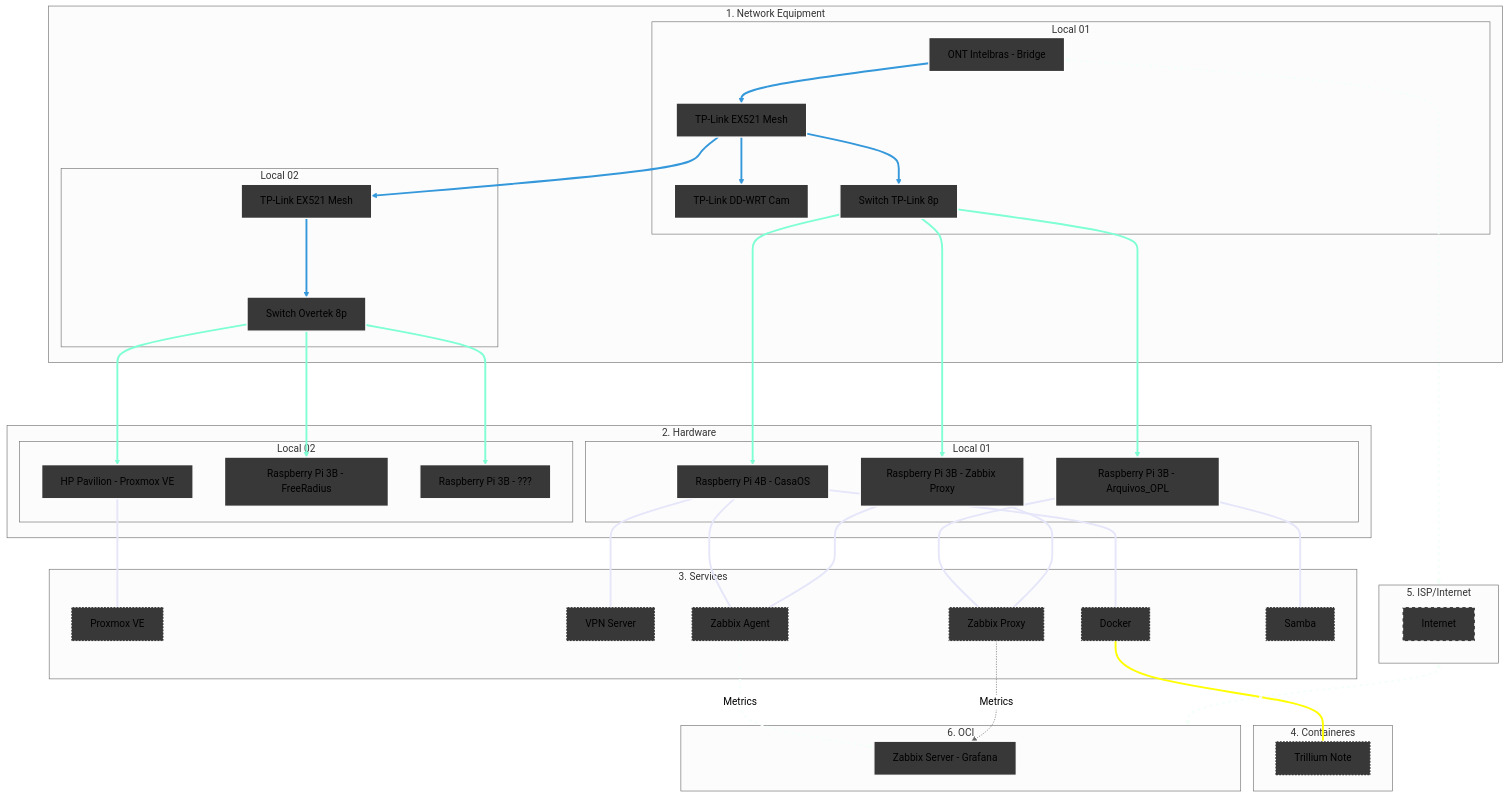
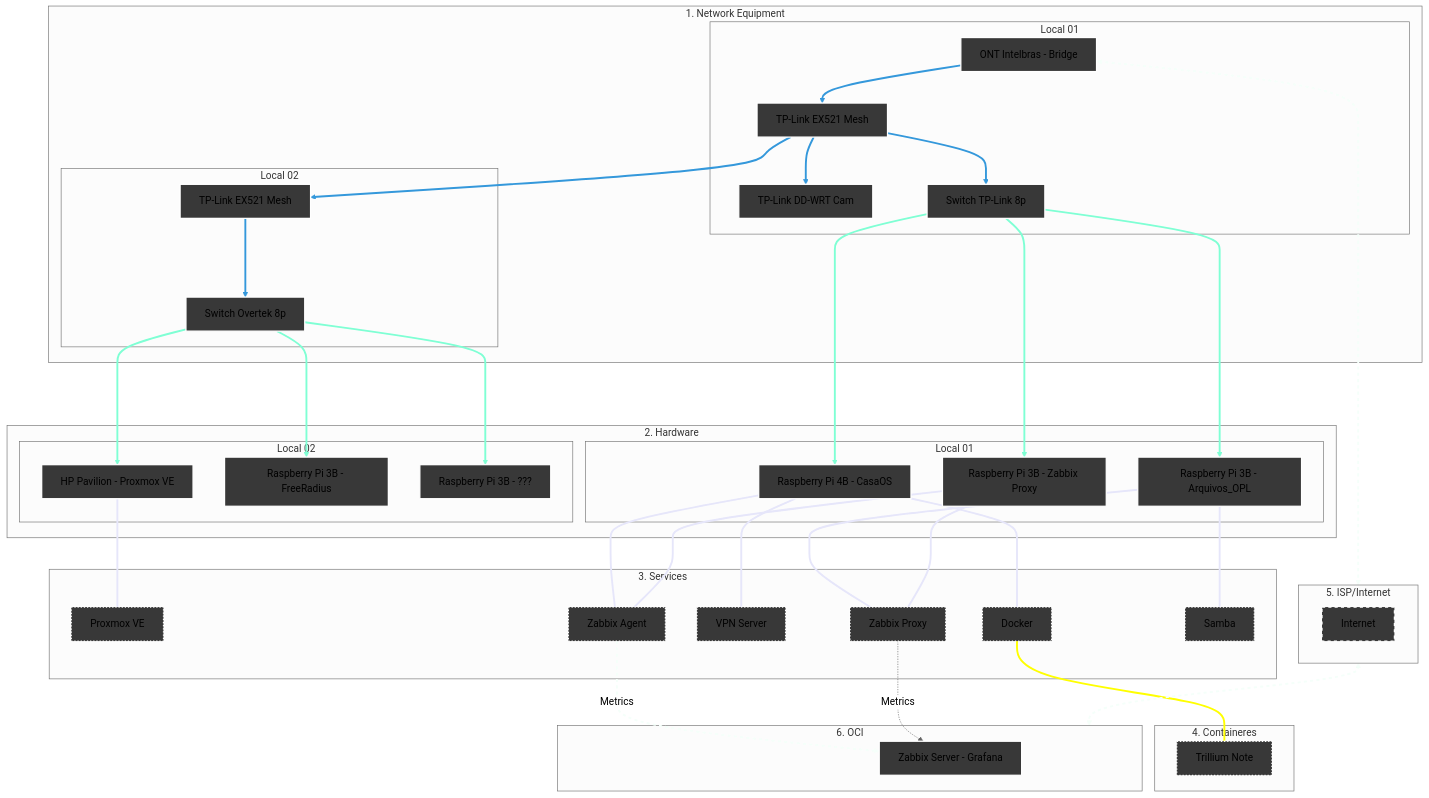
One commit to kevindexter22/Dr-Hardware-Autonet changed the diagram in Infrastructure/README.md. Above: the diagram before and after it, drawn with Mermaid (neutral theme).

Commit message:
Fix service connections in README diagram

````diff
--- a/Infrastructure/README.md
+++ b/Infrastructure/README.md
@@ -13,80 +13,80 @@
 ```mermaid
 graph TD
     %% Styles
     classDef network fill:#383838,stroke:#FFFFFF,stroke-width:2px;
     classDef hardware fill:#383838,stroke:#FFFFFF,stroke-width:2px;
     classDef internet fill:#383838,stroke:#FFFFFF,stroke-width:2px,stroke-dasharray: 5 5;
     classDef services fill:#383838,stroke:#FFFFFF,stroke-width:2px, stroke-dasharray: 2 3;
     classDef oci fill:#383838,stroke:#FFFFFF,stroke-width:2px;
 
     %% 1. NETWORK EQUIPMENT
     subgraph Principal["1. Network Equipment"]
     subgraph S1 [Local 01]
         ONT[ONT Intelbras - Bridge]:::network --> R_Mesh1[TP-Link EX521 Mesh]:::network
         R_Mesh1 --> R_Cams[TP-Link DD-WRT Cam]:::network 
         R_Mesh1 --> SW1[Switch TP-Link 8p]:::network  
     end
     subgraph S2 [Local 02]
         R_Mesh1 --> R_Mesh2[TP-Link EX521 Mesh]:::network
         R_Mesh2 ---> SW2[Switch Overtek 8p]:::network
     end
     end
     
     %% 2. HARDWARE
     subgraph Principal02["2. Hardware"]
     subgraph S3 [Local 01]
         SW1 ---> RPi3B_1[Raspberry Pi 3B - Arquivos_OPL]:::hardware
         SW1 ---> RPi4B[Raspberry Pi 4B - CasaOS]:::hardware
         SW1 ---> RPi3B_2[Raspberry Pi 3B - Zabbix Proxy]:::hardware
     end
     subgraph S4 [Local 02]
         SW2 ---> HP[HP Pavilion - Proxmox VE]:::hardware
         SW2 ---> RPi3B_3[Raspberry Pi 3B - FreeRadius]:::hardware
         SW2 ---> RPi3B_4[Raspberry Pi 3B - ???]:::hardware
     end
     end
 
     %% 3. SERVICES     
     subgraph S5 [3. Services];
-        HP --- PVE[Proxmox VE]:::services        
+        HP --- PVE[Proxmox VE]:::services
+        RPi4B --- Docker[Docker]:::services     
         RPi4B --- VPN[VPN Server]:::services
-        RPi4B --- Docker[Docker]:::services
         RPi4B --- ZA[Zabbix Agent]:::services
         RPi3B_1 --- ZP[Zabbix Proxy]:::services
         RPi3B_1 --- SMB1[Samba]:::services
         RPi3B_2 --- ZA[Zabbix Agent]:::services
         RPi3B_2 --- ZP[Zabbix Proxy]:::services
     end
 
     %% 4. CONTAINERES     
     subgraph S6 [4. Containeres];
         Docker[Docker] --- Trillium[Trillium Note]:::services
     end
 
     %% 5. Internet (The Bridge)
     subgraph S7 [5. ISP/Internet]
            internet[Internet]:::internet
     end
 
     %% 6. Oracle Cloud Infrastructure
     subgraph S8 [6. OCI]
         ZS[Zabbix Server - Grafana]:::oci
     end
 
     %% Conections of data flow
     ONT <--> S7
     S7 <--> S8
     
     %% Logical conections
     ZA -.-> |Metrics| ZS
     ZP -.-> |Metrics| ZS 
 
     %% --- Set collor on conections ---
     
     linkStyle 0,1,2,3,4 stroke:#3498db,stroke-width:3px;
     linkStyle 5,6,7,8,9,10 stroke:#7FFFD4,stroke-width:3px;
     linkStyle 11,12,13,14,15,16,17,18 stroke:#E6E6FA,stroke-width:3px;
     linkStyle 19 stroke:#FFFF00,stroke-width:3px;
     linkStyle 20,21,22 stroke:#F5FFFA,stroke-width:3px,stroke-dasharray: 5 5;
 
 ```
````
